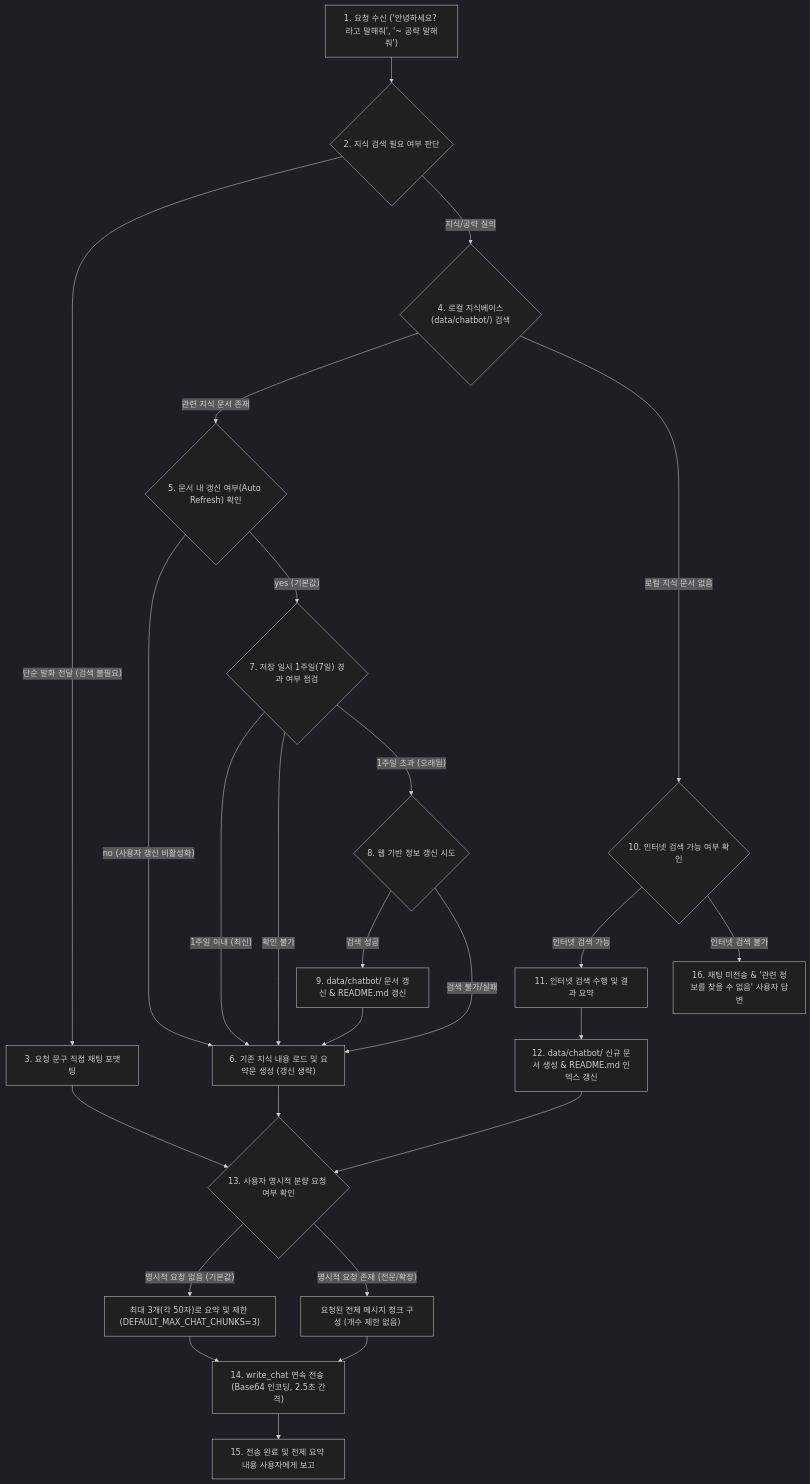
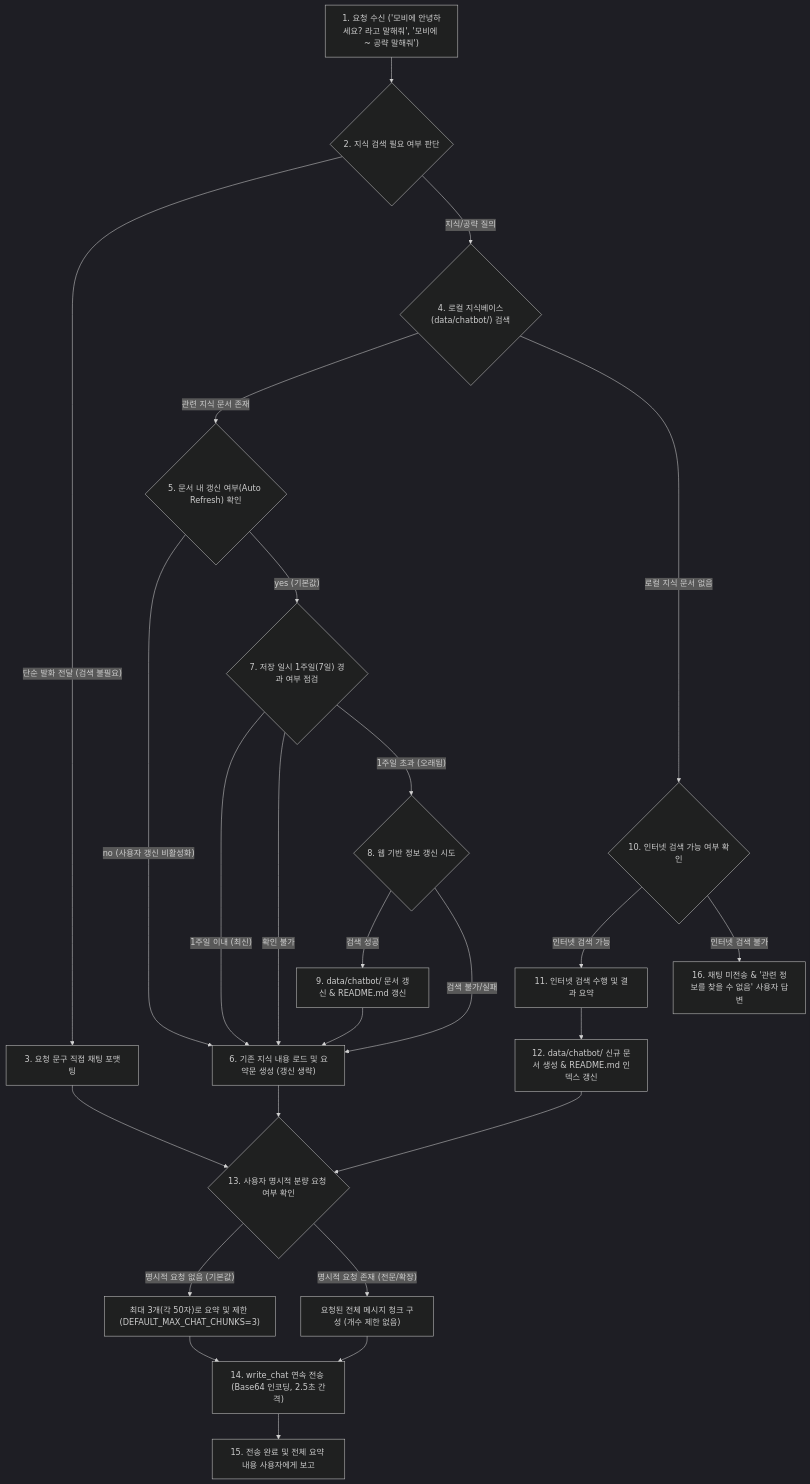
Before and after one commit to ernest6164/mobi-helper: the diagram in references/workflows/chatbot_chat.md, drawn with Mermaid (dark theme). The commit also changed other lines of this file and 2 other files, not shown here.

Commit message:
docs: 인게임 챗봇 및 발화 전달 트리거 예시 수정 ('모비에 ~' 접두사 명시)

````diff
--- a/references/workflows/chatbot_chat.md
+++ b/references/workflows/chatbot_chat.md
@@ -11,27 +11,27 @@
 ```mermaid
 flowchart TD
-    Start["1. 요청 수신 ('안녕하세요? 라고 말해줘', '~ 공략 말해줘')"] --> CheckType{"2. 지식 검색 필요 여부 판단"}
+    Start["1. 요청 수신 ('모비에 안녕하세요? 라고 말해줘', '모비에 ~ 공략 말해줘')"] --> CheckType{"2. 지식 검색 필요 여부 판단"}
     CheckType -- "단순 발화 전달 (검색 불필요)" --> FormatDirect["3. 요청 문구 직접 채팅 포맷팅"]
     CheckType -- "지식/공략 질의" --> SearchLocal{"4. 로컬 지식베이스(data/chatbot/) 검색"}
     SearchLocal -- "관련 지식 문서 존재" --> CheckUserOption{"5. 문서 내 갱신 여부(Auto Refresh) 확인"}
     CheckUserOption -- "no (사용자 갱신 비활성화)" --> LoadKnowledge["6. 기존 지식 내용 로드 및 요약문 생성 (갱신 생략)"]
     CheckUserOption -- "yes (기본값)" --> CheckExpiry{"7. 저장 일시 1주일(7일) 경과 여부 점검"}
     CheckExpiry -- "1주일 이내 (최신)" --> LoadKnowledge
     CheckExpiry -- "확인 불가" --> LoadKnowledge
     CheckExpiry -- "1주일 초과 (오래됨)" --> TryWebRefresh{"8. 웹 기반 정보 갱신 시도"}
     TryWebRefresh -- "검색 성공" --> UpdateKnowledge["9. data/chatbot/ 문서 갱신 & README.md 갱신"]
     TryWebRefresh -- "검색 불가/실패" --> LoadKnowledge
     UpdateKnowledge --> LoadKnowledge
     SearchLocal -- "로컬 지식 문서 없음" --> CheckWeb{"10. 인터넷 검색 가능 여부 확인"}
     CheckWeb -- "인터넷 검색 가능" --> SearchWeb["11. 인터넷 검색 수행 및 결과 요약"]
     SearchWeb --> SaveKnowledge["12. data/chatbot/ 신규 문서 생성 & README.md 인덱스 갱신"]
     SaveKnowledge --> CheckLimit
     LoadKnowledge --> CheckLimit
     FormatDirect --> CheckLimit{"13. 사용자 명시적 분량 요청 여부 확인"}
     CheckLimit -- "명시적 요청 없음 (기본값)" --> Apply3Chunk["최대 3개(각 50자)로 요약 및 제한 (DEFAULT_MAX_CHAT_CHUNKS=3)"]
     CheckLimit -- "명시적 요청 존재 (전문/확장)" --> ApplyAllChunks["요청된 전체 메시지 청크 구성 (개수 제한 없음)"]
     Apply3Chunk --> SendChat["14. write_chat 연속 전송 (Base64 인코딩, 2.5초 간격)"]
     ApplyAllChunks --> SendChat
     SendChat --> ReportSuccess["15. 전송 완료 및 전체 요약 내용 사용자에게 보고"]
     CheckWeb -- "인터넷 검색 불가" --> NoChatFail["16. 채팅 미전송 & '관련 정보를 찾을 수 없음' 사용자 답변"]
 ```
````
